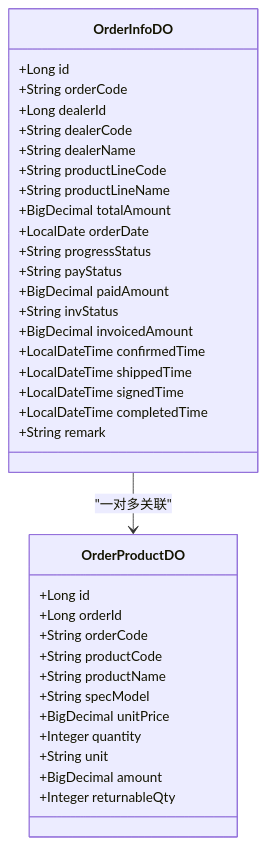
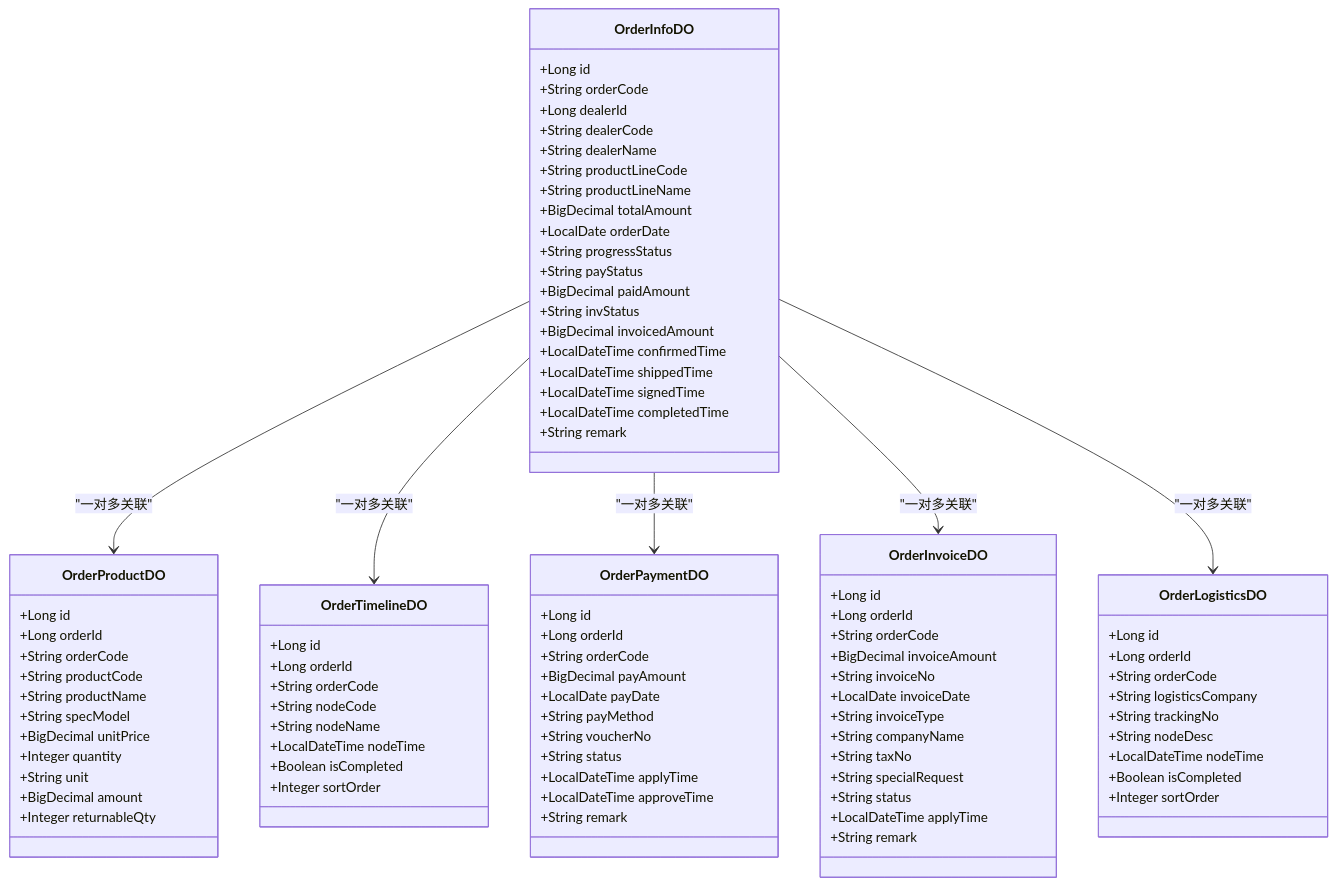
One commit to xiaoche80s-tech/rouyi-vue-pro changed the third of 9 diagrams in .qoder/repowiki/zh/content/核心模块/运营中心模块/订单管理模块.md. Above: the diagram before and after it, drawn with Mermaid. The commit also changed other lines of this file and 331 other files, not shown here.

````diff
--- a/.qoder/repowiki/zh/content/核心模块/运营中心模块/订单管理模块.md
+++ b/.qoder/repowiki/zh/content/核心模块/运营中心模块/订单管理模块.md
@@ -216,5 +248,58 @@
 +BigDecimal amount
 +Integer returnableQty
 }
+class OrderTimelineDO {
++Long id
++Long orderId
++String orderCode
++String nodeCode
++String nodeName
++LocalDateTime nodeTime
++Boolean isCompleted
++Integer sortOrder
+}
+class OrderPaymentDO {
++Long id
++Long orderId
++String orderCode
++BigDecimal payAmount
++LocalDate payDate
++String payMethod
++String voucherNo
++String status
++LocalDateTime applyTime
++LocalDateTime approveTime
++String remark
+}
+class OrderInvoiceDO {
++Long id
++Long orderId
++String orderCode
++BigDecimal invoiceAmount
++String invoiceNo
++LocalDate invoiceDate
++String invoiceType
++String companyName
++String taxNo
++String specialRequest
++String status
++LocalDateTime applyTime
++String remark
+}
+class OrderLogisticsDO {
++Long id
++Long orderId
++String orderCode
++String logisticsCompany
++String trackingNo
++String nodeDesc
++LocalDateTime nodeTime
++Boolean isCompleted
++Integer sortOrder
+}
 OrderInfoDO --> OrderProductDO : "一对多关联"
+OrderInfoDO --> OrderTimelineDO : "一对多关联"
+OrderInfoDO --> OrderPaymentDO : "一对多关联"
+OrderInfoDO --> OrderInvoiceDO : "一对多关联"
+OrderInfoDO --> OrderLogisticsDO : "一对多关联"
 ```
````
